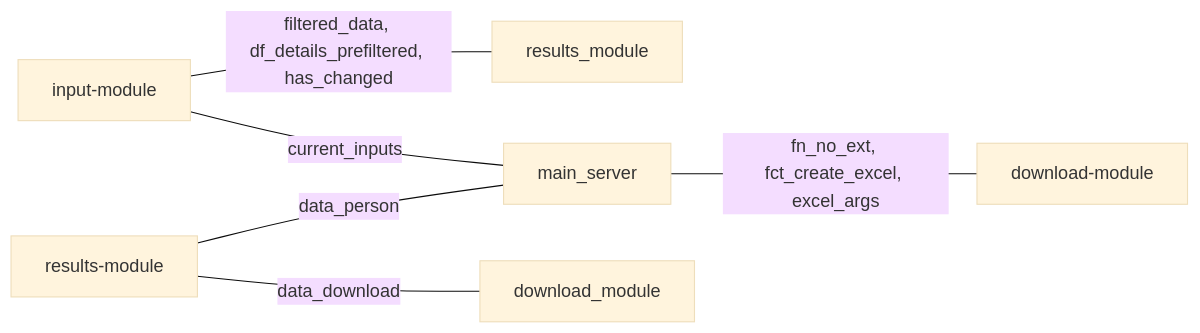
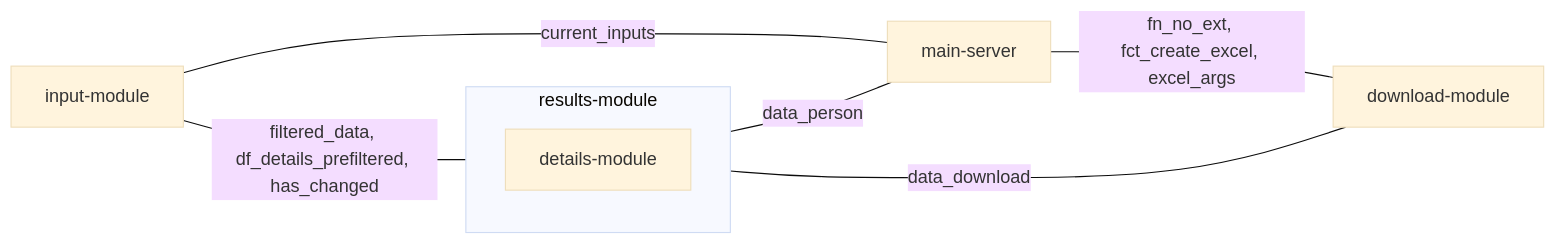
One commit to StatistikStadtZuerich/kali-tool changed the diagram in README.md. Above: the diagram before and after it, drawn with Mermaid (base theme). The commit also changed other lines of this file, not shown here.

Commit message:
try subgraph in mermaid chart

````diff
--- a/README.md
+++ b/README.md
@@ -13,8 +24,11 @@
 ```mermaid
 flowchart LR;
-  input-module-- filtered_data, df_details_prefiltered, has_changed ---results_module
-  input-module-- current_inputs ---main_server
-  main_server-- fn_no_ext, fct_create_excel, excel_args ---download-module
-  results-module-- data_download ---download_module
-  results-module-- data_person ---main_server
+  input-module-- filtered_data, df_details_prefiltered, has_changed ---results-module
+  input-module-- current_inputs ---main-server
+  main-server-- fn_no_ext, fct_create_excel, excel_args ---download-module
+  results-module-- data_download ---download-module
+  results-module-- data_person ---main-server
+  subgraph results-module
+  details-module
+  end
 ```
````
